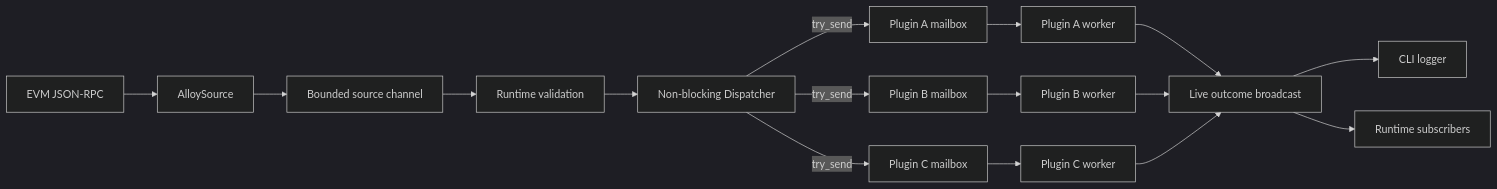
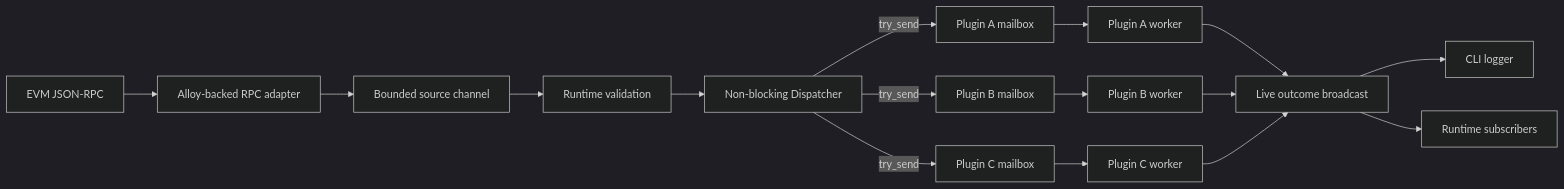
Before and after one commit to abhi3700/raven: the fifth of 7 diagrams in docs/concepts/architecture.mdx, drawn with Mermaid (dark theme). The commit also changed other lines of this file and 14 other files, not shown here.

````diff
--- a/docs/concepts/architecture.mdx
+++ b/docs/concepts/architecture.mdx
@@ -113,22 +174,22 @@
 ```mermaid
 flowchart LR
-    chain["EVM JSON-RPC"] --> source["AlloySource"]
+    chain["EVM JSON-RPC"] --> source["Alloy-backed RPC adapter"]
     source --> sourceQueue["Bounded source channel"]
     sourceQueue --> runtime["Runtime validation"]
     runtime --> dispatcher["Non-blocking Dispatcher"]
 
     dispatcher -->|"try_send"| mailboxA["Plugin A mailbox"]
     dispatcher -->|"try_send"| mailboxB["Plugin B mailbox"]
     dispatcher -->|"try_send"| mailboxC["Plugin C mailbox"]
 
     mailboxA --> workerA["Plugin A worker"]
     mailboxB --> workerB["Plugin B worker"]
     mailboxC --> workerC["Plugin C worker"]
 
     workerA --> outcomeBus["Live outcome broadcast"]
     workerB --> outcomeBus
     workerC --> outcomeBus
 
     outcomeBus --> cli["CLI logger"]
     outcomeBus --> observer["Runtime subscribers"]
 ```
````
